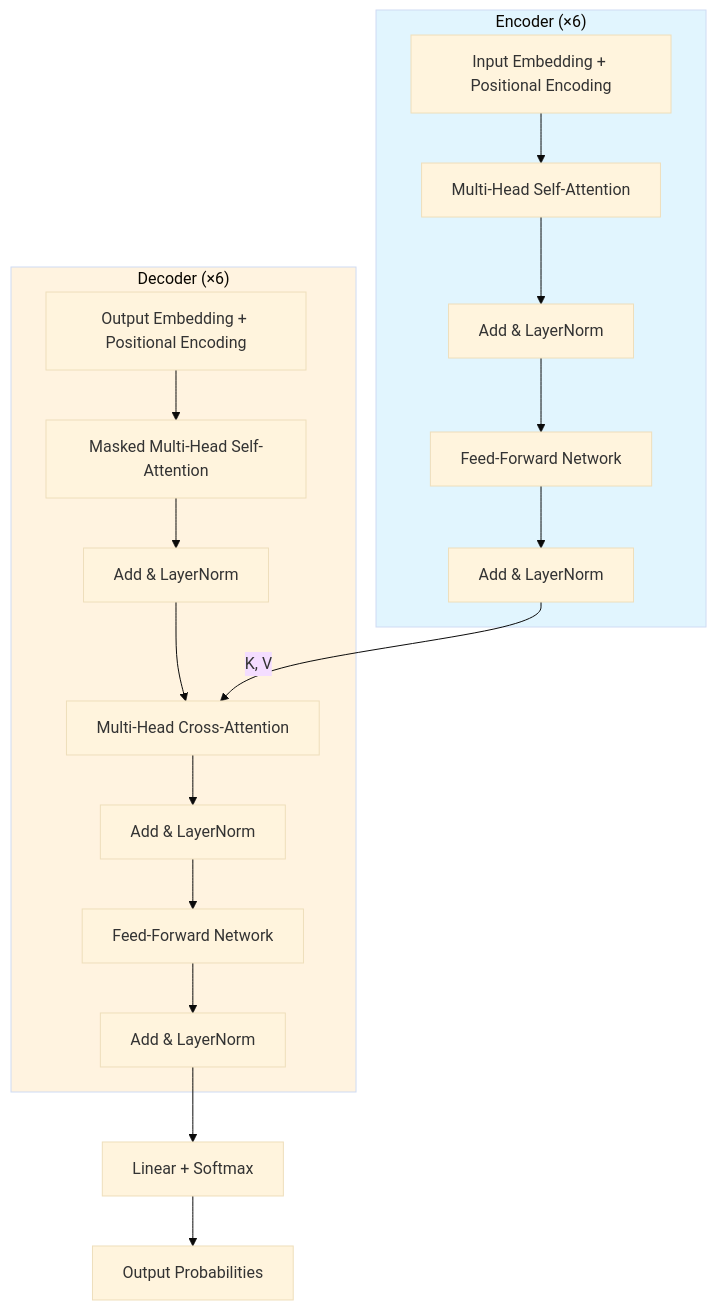
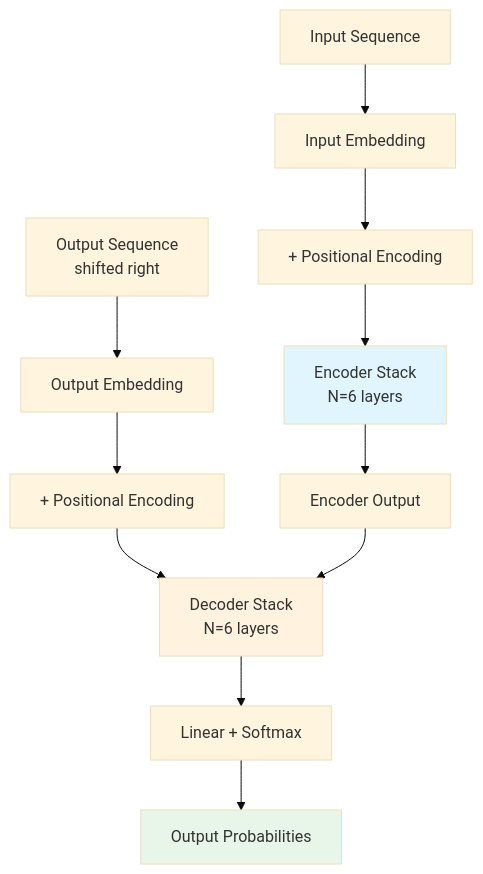
One commit to eightmm/eightmm.github.io changed the diagram in _posts/2026-02-20-attention-is-all-you-need.md. Above: the diagram before and after it, drawn with Mermaid (base theme). The commit also changed other lines of this file, not shown here.

Commit message:
Add paper review: Attention Is All You Need

````diff
--- a/_posts/2026-02-20-attention-is-all-you-need.md
+++ b/_posts/2026-02-20-attention-is-all-you-need.md
@@ -41,25 +54,19 @@
 ```mermaid
-graph TB
-    subgraph Encoder["Encoder (×6)"]
-        E_IN[Input Embedding + Positional Encoding] --> E_SA[Multi-Head Self-Attention]
-        E_SA --> E_AN1[Add & LayerNorm]
-        E_AN1 --> E_FF[Feed-Forward Network]
-        E_FF --> E_AN2[Add & LayerNorm]
-    end
+graph TD
+    A[Input Sequence] --> B[Input Embedding]
+    B --> C[+ Positional Encoding]
+    C --> D[Encoder Stack<br/>N=6 layers]
+    D --> E[Encoder Output]
     
-    subgraph Decoder["Decoder (×6)"]
-        D_IN[Output Embedding + Positional Encoding] --> D_MSA[Masked Multi-Head Self-Attention]
-        D_MSA --> D_AN1[Add & LayerNorm]
-        D_AN1 --> D_CA[Multi-Head Cross-Attention]
-        D_CA --> D_AN2[Add & LayerNorm]
-        D_AN2 --> D_FF[Feed-Forward Network]
-        D_FF --> D_AN3[Add & LayerNorm]
-    end
+    F[Output Sequence<br/>shifted right] --> G[Output Embedding]
+    G --> H[+ Positional Encoding]
+    H --> I[Decoder Stack<br/>N=6 layers]
     
-    E_AN2 -->|K, V| D_CA
-    D_AN3 --> Linear[Linear + Softmax]
-    Linear --> Output[Output Probabilities]
+    E --> I
+    I --> J[Linear + Softmax]
+    J --> K[Output Probabilities]
     
-    style Encoder fill:#e1f5fe
-    style Decoder fill:#fff3e0
+    style D fill:#e1f5fe
+    style I fill:#fff3e0
+    style K fill:#e8f5e9
 ```
````
